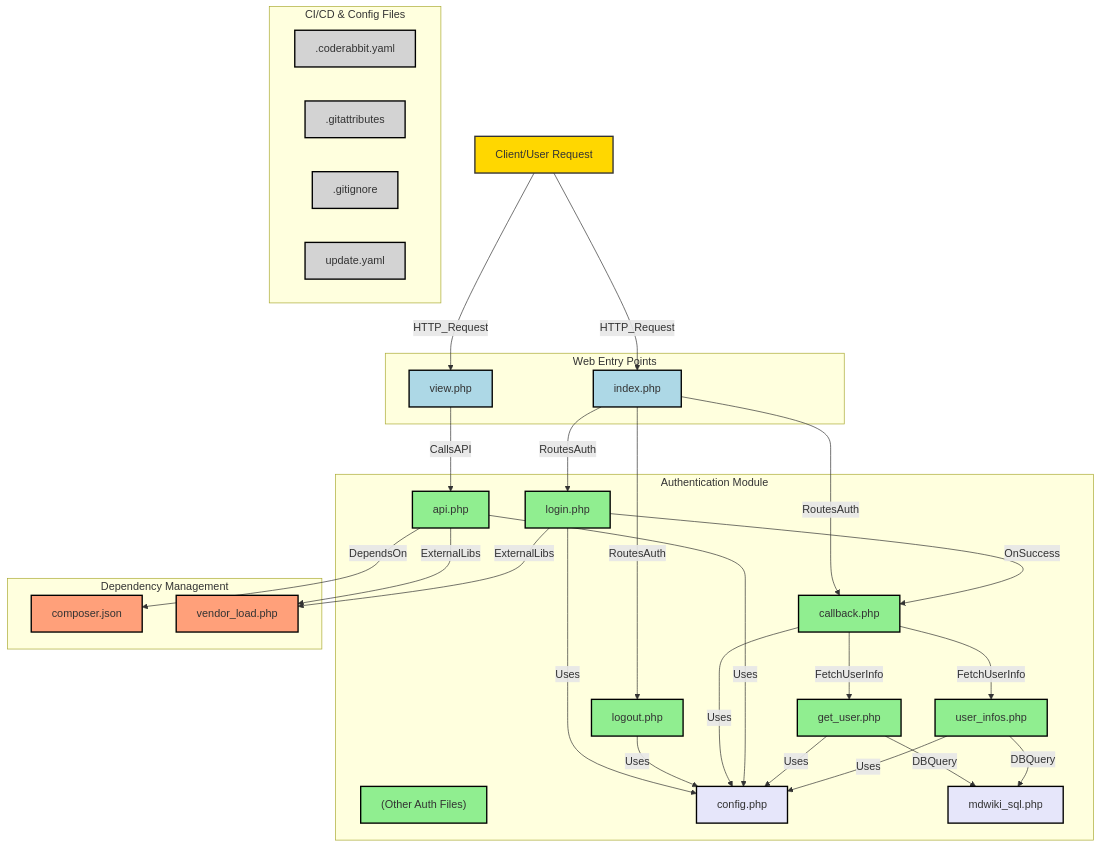
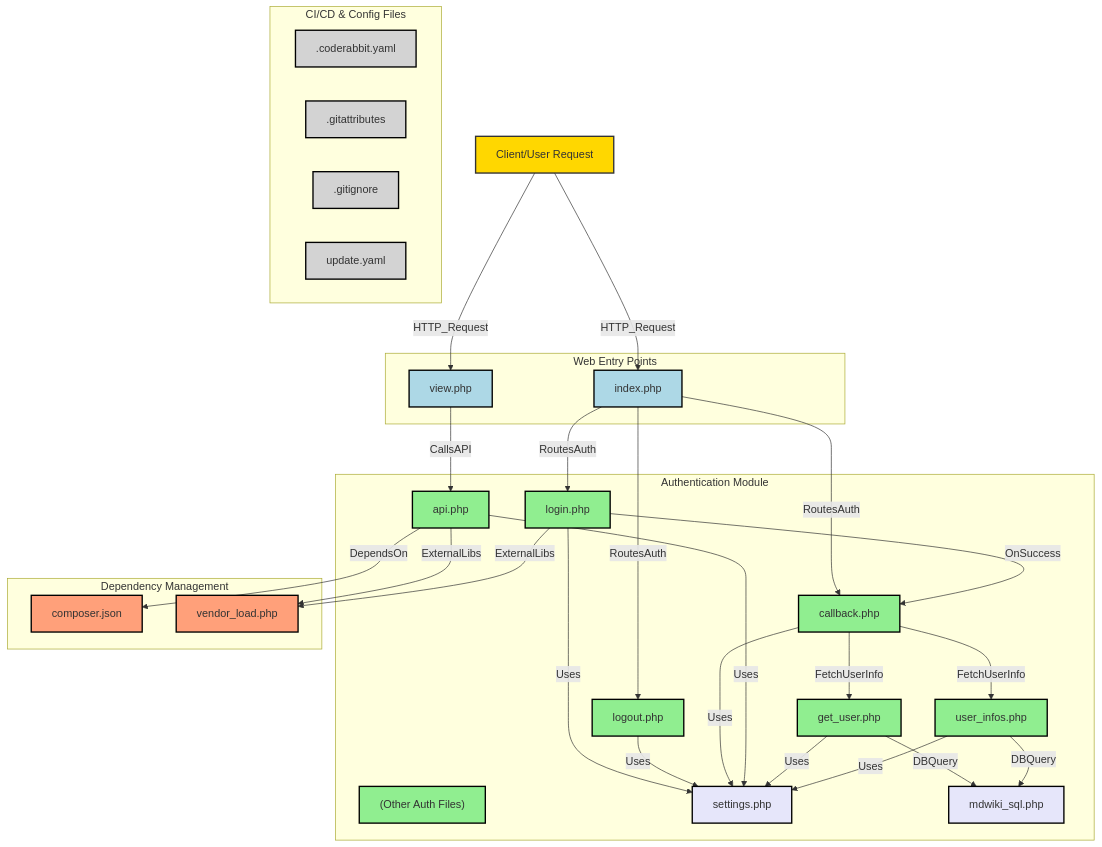
The diagram in README.md (Mdwiki-TD/auth-repo), drawn with Mermaid before and after one commit. The commit also changed other lines of this file and 26 other files, not shown here.

````diff
--- a/README.md
+++ b/README.md
@@ -102,7 +117,7 @@
         authGetUser["get_user.php"]:::auth
         authUserInfos["user_infos.php"]:::auth
         authOthers["(Other Auth Files)"]:::auth
-        authConfig["config.php"]:::config
+        authConfig["settings.php"]:::config
         authMdwiki["mdwiki_sql.php"]:::config
     end
 
@@ -173,6 +188,6 @@
     click gitattributes "https://github.com/mdwiki-td/auth-repo/blob/main/.gitattributes"
     click gitignore "https://github.com/mdwiki-td/auth-repo/blob/main/.gitignore"
     click githubWorkflow "https://github.com/mdwiki-td/auth-repo/blob/main/.github/workflows/update.yaml"
-    click authConfig "https://github.com/mdwiki-td/auth-repo/blob/main/auth/config.php"
+    click authConfig "https://github.com/mdwiki-td/auth-repo/blob/main/auth/settings.php"
     click authMdwiki "https://github.com/mdwiki-td/auth-repo/blob/main/auth/mdwiki_sql.php"
 ```
````
